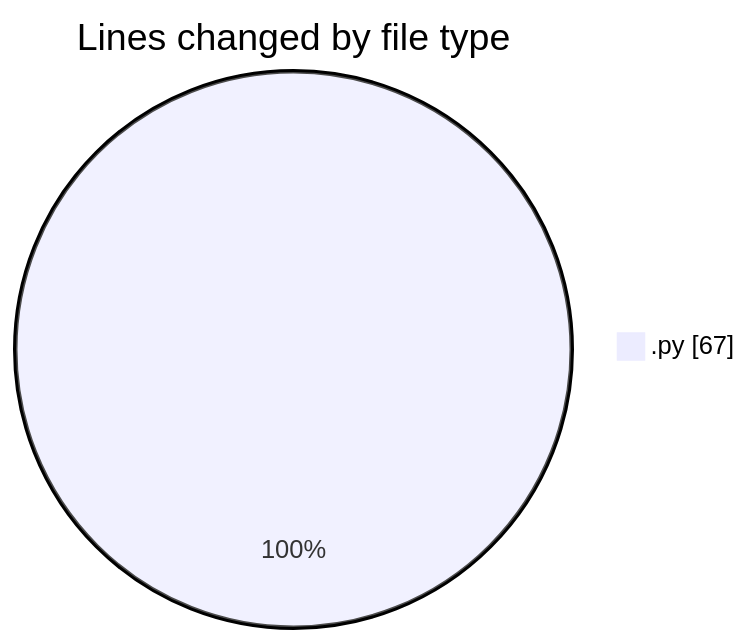
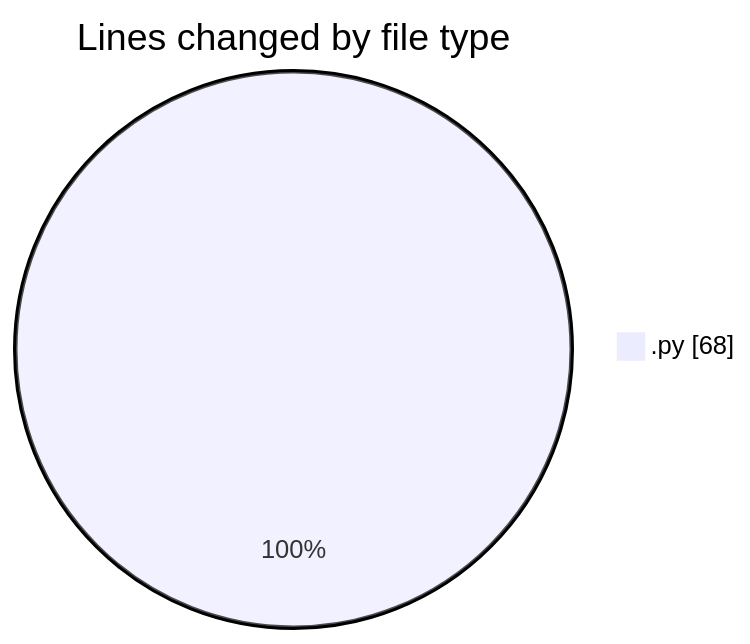
The first of 2 diagrams in 2026-02-23/student_performance_system/README.md (hasnaa123/code-tracking), drawn with Mermaid before and after one commit. The commit also changed other lines of this file and 1 other file, not shown here.

````diff
--- a/2026-02-23/student_performance_system/README.md
+++ b/2026-02-23/student_performance_system/README.md
@@ -20,5 +20,5 @@
 ```mermaid
 pie showData
 title Lines changed by file type
-".py" : 67
+".py" : 68
 ```
````
